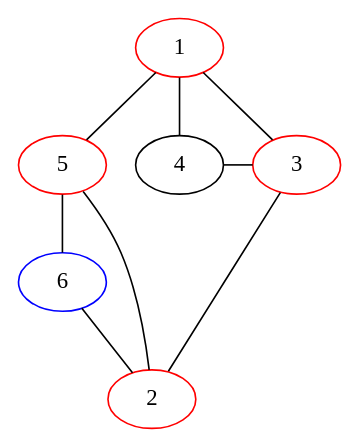
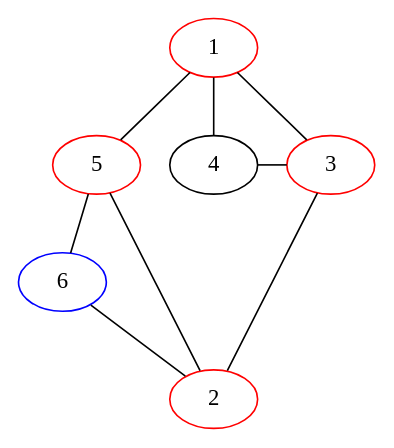
The diagram in sprouts/11113.dot (bilboquet/gamelib), drawn with Graphviz before and after one commit. The commit also changed 22 other files, not shown here.

```diff
--- a/sprouts/11113.dot
+++ b/sprouts/11113.dot
@@ -1,24 +1,25 @@
 graph {
   5;
   6;
   1 -- 4 -- 3 -- 2;
   1 -- 3;
   1 -- 5 -- 2;
   6 -- 2;
   5 -- 6;
+  2 -- 4 [weight=2, style="invis"];
 
   {
     rank="same";
     3;
     4;
     5;
 
   }
 
   1 [color="red"];
   2 [color="red"];
   3 [color="red"];
   5 [color="red"];
   6 [color="blue"];
 
 }
```
